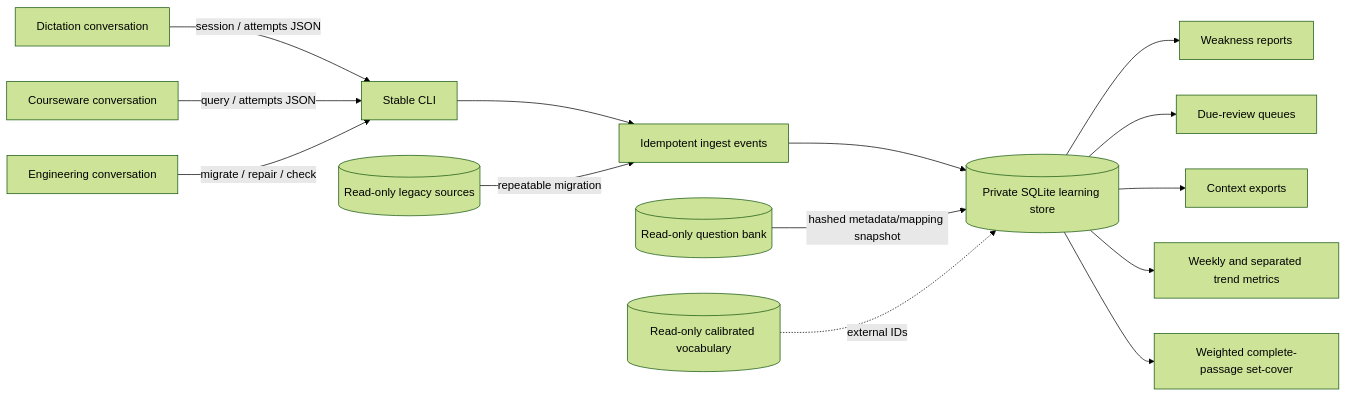
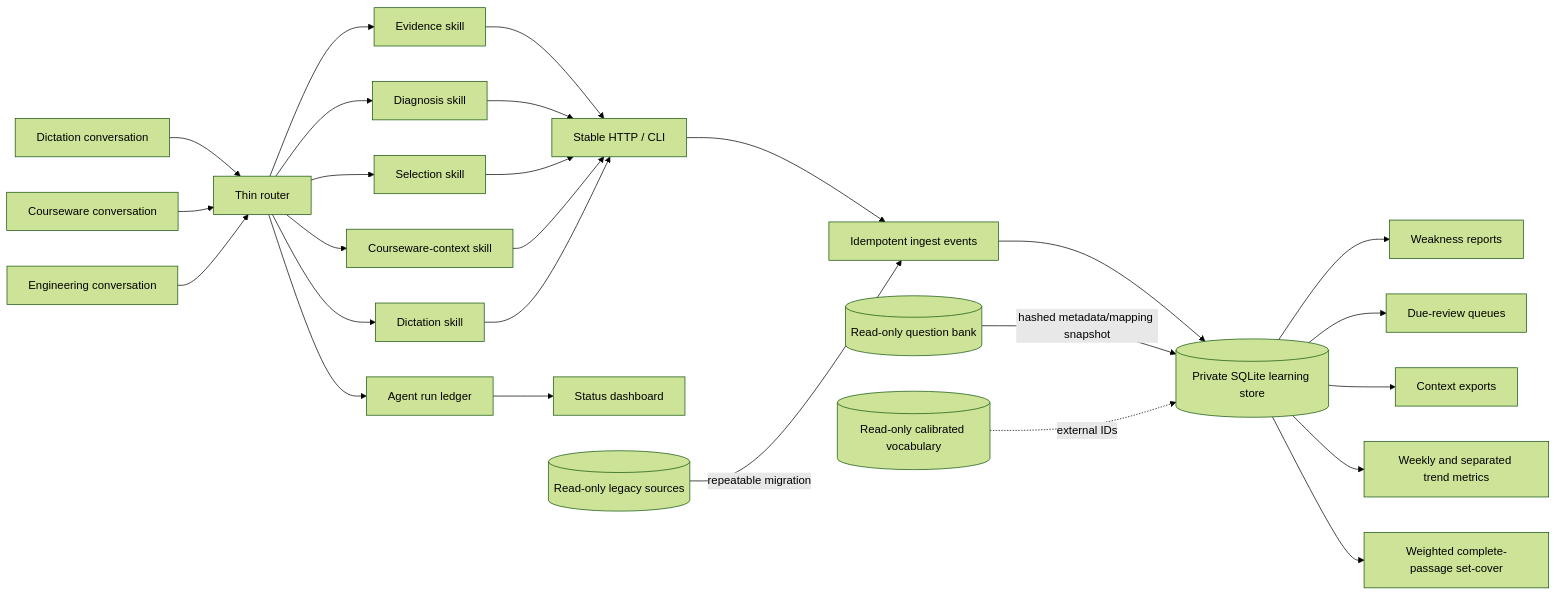
One commit to wulie0508-gif/cassian-atlas changed the first of 2 diagrams in ARCHITECTURE.md. Above: the diagram before and after it, drawn with Mermaid (forest theme). The commit also changed other lines of this file and 88 other files, not shown here.

````diff
--- a/ARCHITECTURE.md
+++ b/ARCHITECTURE.md
@@ -11,16 +11,28 @@
 ```mermaid
 flowchart LR
-    D["Dictation conversation"] -->|"session / attempts JSON"| CLI["Stable CLI"]
-    C["Courseware conversation"] -->|"query / attempts JSON"| CLI
-    E["Engineering conversation"] -->|"migrate / repair / check"| CLI
+    D["Dictation conversation"] --> RT["Thin router"]
+    C["Courseware conversation"] --> RT
+    E["Engineering conversation"] --> RT
+    RT --> REC["Evidence skill"]
+    RT --> DIA["Diagnosis skill"]
+    RT --> SEL["Selection skill"]
+    RT --> CTX["Courseware-context skill"]
+    RT --> DIC["Dictation skill"]
+    REC --> CLI["Stable HTTP / CLI"]
+    DIA --> CLI
+    SEL --> CLI
+    CTX --> CLI
+    DIC --> CLI
+    RT --> RUN["Agent run ledger"]
+    RUN --> UI["Status dashboard"]
     CLI --> I["Idempotent ingest events"]
     I --> DB[("Private SQLite learning store")]
     DB --> W["Weakness reports"]
     DB --> R["Due-review queues"]
     DB --> X["Context exports"]
     DB --> M["Weekly and separated trend metrics"]
     DB --> S["Weighted complete-passage set-cover"]
     QB[("Read-only question bank")] -->|"hashed metadata/mapping snapshot"| DB
     VV[("Read-only calibrated vocabulary")] -. "external IDs" .-> DB
     OLD[("Read-only legacy sources")] -->|"repeatable migration"| I
 ```
````
